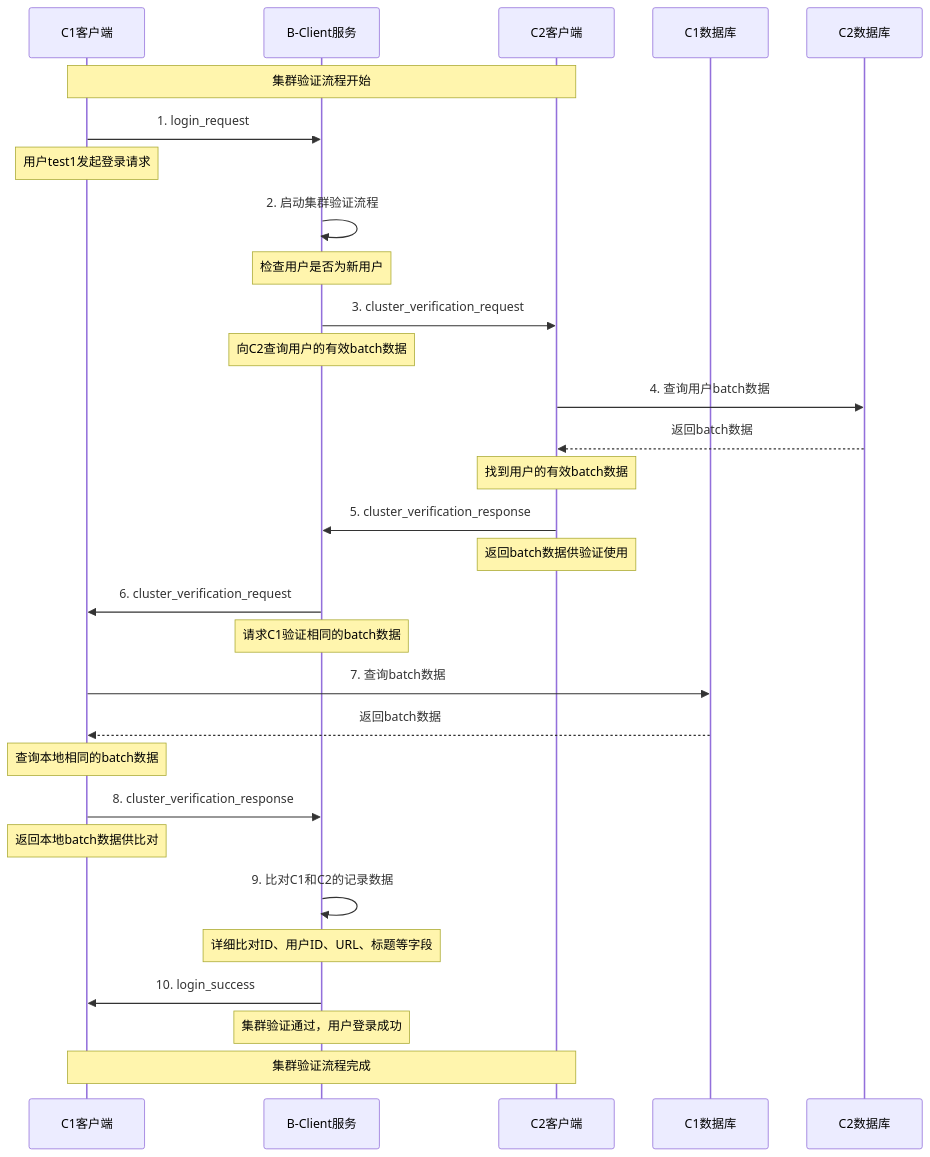
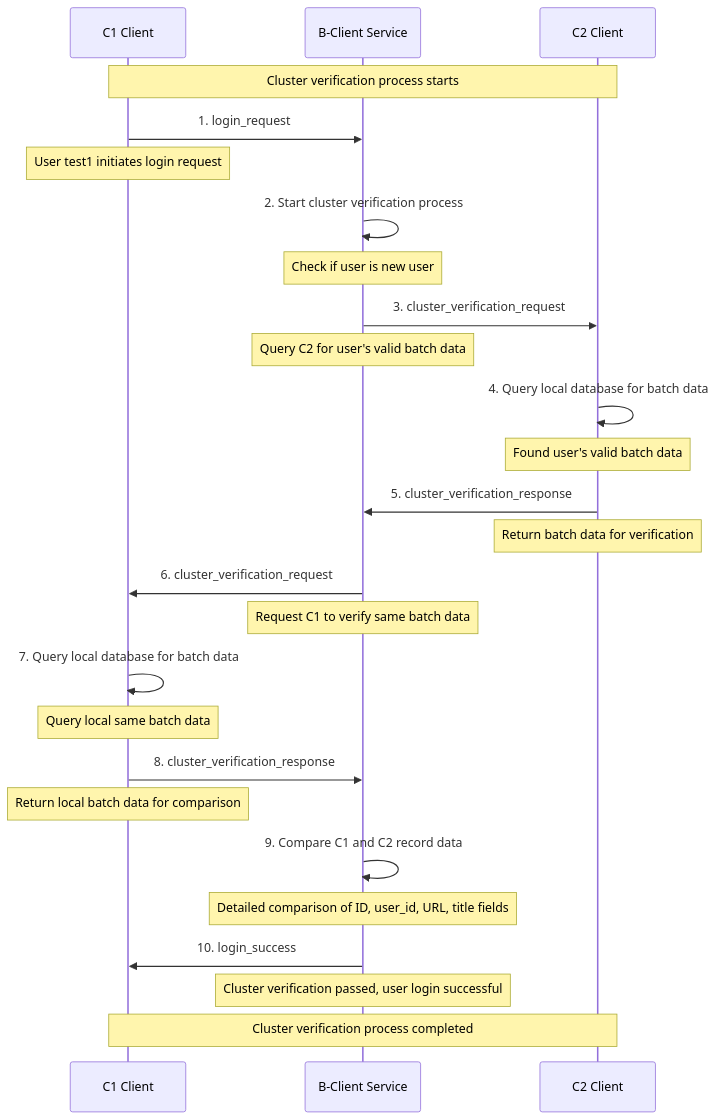
One commit to COMP693-Projects-25S2/NoMorePassword changed the second of 2 diagrams in Cluster Validation Flow.md. Above: the diagram before and after it, drawn with Mermaid. The commit also changed other lines of this file, not shown here.

Commit message:
Translate Cluster Verification Flow to English

````diff
--- a/Cluster Validation Flow.md
+++ b/Cluster Validation Flow.md
@@ -54,44 +54,40 @@
 ```mermaid
 sequenceDiagram
-    participant C1 as C1客户端
-    participant B as B-Client服务
-    participant C2 as C2客户端
-    participant DB1 as C1数据库
-    participant DB2 as C2数据库
+    participant C1 as C1 Client
+    participant B as B-Client Service
+    participant C2 as C2 Client
 
-    Note over C1, C2: 集群验证流程开始
+    Note over C1, C2: Cluster verification process starts
 
     C1->>B: 1. login_request
-    Note over C1: 用户test1发起登录请求
+    Note over C1: User test1 initiates login request
 
-    B->>B: 2. 启动集群验证流程
-    Note over B: 检查用户是否为新用户
+    B->>B: 2. Start cluster verification process
+    Note over B: Check if user is new user
 
     B->>C2: 3. cluster_verification_request
-    Note over B: 向C2查询用户的有效batch数据
+    Note over B: Query C2 for user's valid batch data
 
-    C2->>DB2: 4. 查询用户batch数据
-    DB2-->>C2: 返回batch数据
-    Note over C2: 找到用户的有效batch数据
+    C2->>C2: 4. Query local database for batch data
+    Note over C2: Found user's valid batch data
 
     C2->>B: 5. cluster_verification_response
-    Note over C2: 返回batch数据供验证使用
+    Note over C2: Return batch data for verification
 
     B->>C1: 6. cluster_verification_request
-    Note over B: 请求C1验证相同的batch数据
+    Note over B: Request C1 to verify same batch data
 
-    C1->>DB1: 7. 查询batch数据
-    DB1-->>C1: 返回batch数据
-    Note over C1: 查询本地相同的batch数据
+    C1->>C1: 7. Query local database for batch data
+    Note over C1: Query local same batch data
 
     C1->>B: 8. cluster_verification_response
-    Note over C1: 返回本地batch数据供比对
+    Note over C1: Return local batch data for comparison
 
-    B->>B: 9. 比对C1和C2的记录数据
-    Note over B: 详细比对ID、用户ID、URL、标题等字段
+    B->>B: 9. Compare C1 and C2 record data
+    Note over B: Detailed comparison of ID, user_id, URL, title fields
 
     B->>C1: 10. login_success
-    Note over B: 集群验证通过，用户登录成功
+    Note over B: Cluster verification passed, user login successful
 
-    Note over C1, C2: 集群验证流程完成
+    Note over C1, C2: Cluster verification process completed
 ```
````
